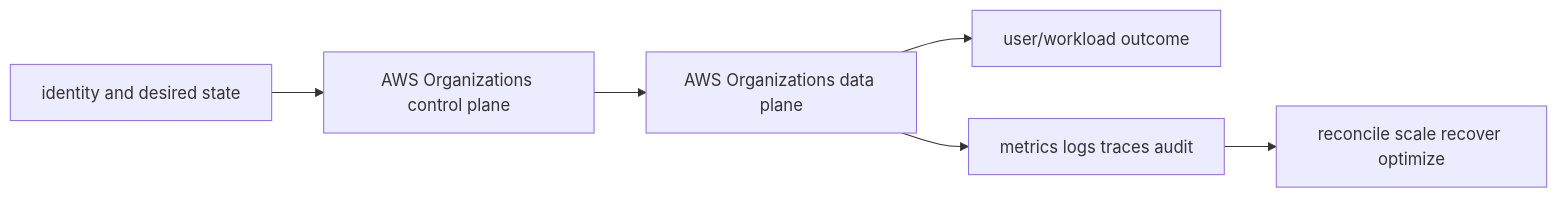
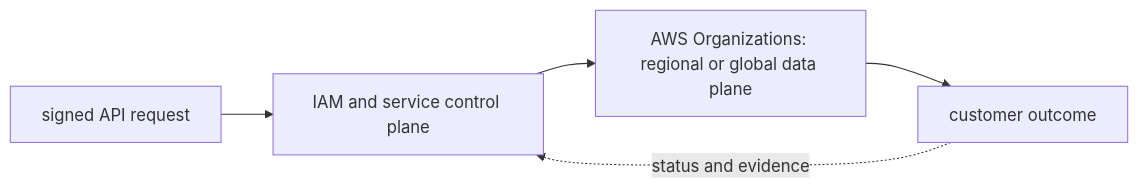
The diagram in 07-aws/01-foundations/02-organizations/README.md (tomkidumbuyo/DevOps-interview-preparation), drawn with Mermaid before and after one commit. The commit also changed other lines of this file and 753 other files, not shown here.

````diff
--- a/07-aws/01-foundations/02-organizations/README.md
+++ b/07-aws/01-foundations/02-organizations/README.md
@@ -19,8 +31,7 @@
 ```mermaid
 flowchart LR
-  I[identity and desired state] --> C[AWS Organizations control plane]
-  C --> D[AWS Organizations data plane]
-  D --> U[user/workload outcome]
-  D --> O[metrics logs traces audit]
-  O --> R[reconcile scale recover optimize]
+  A["signed API request"] --> B["IAM and service control plane"]
+  B --> C["AWS Organizations: regional or global data plane"]
+  C --> D["customer outcome"]
+  D -. "status and evidence" .-> B
 ```
````
